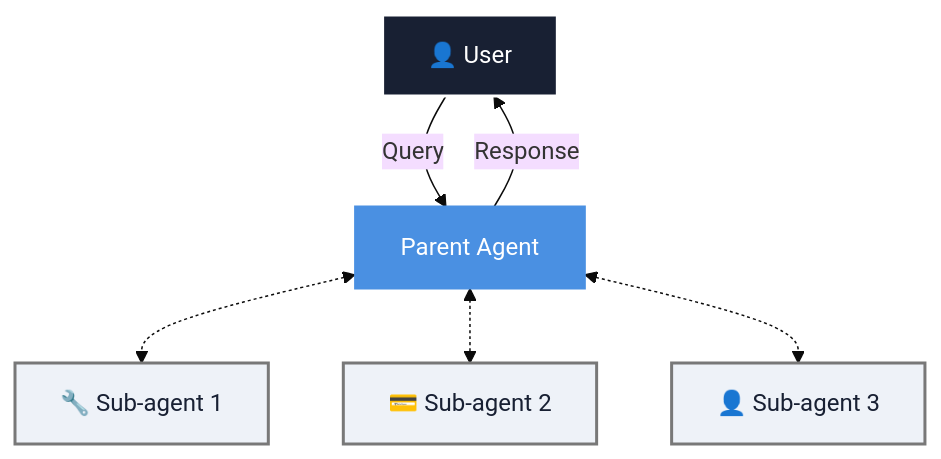
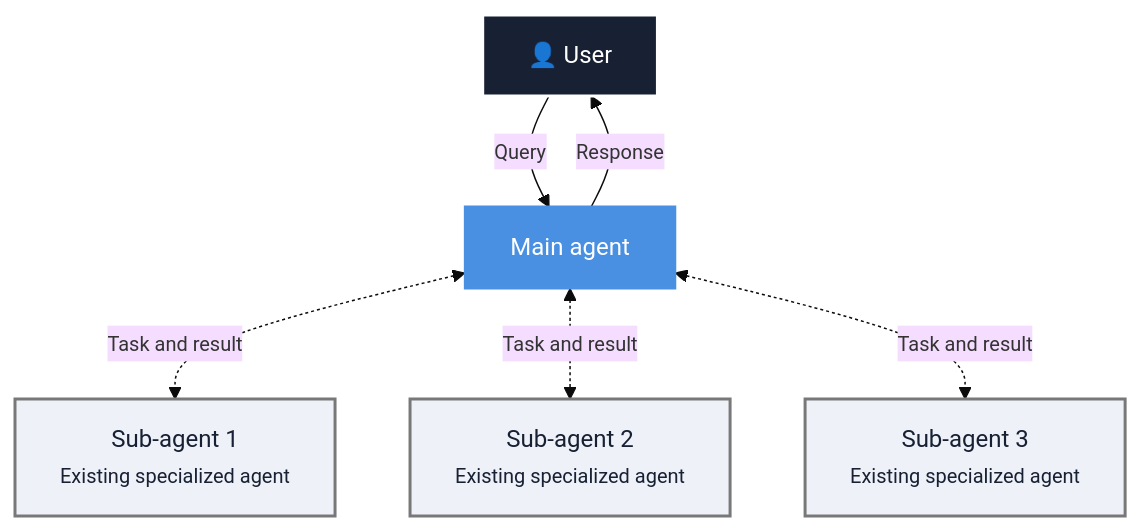
Before and after one commit to vectara/vectara-docs: the diagram in www/docs/agents/subagent-tool.md, drawn with Mermaid (base theme). The commit also changed other lines of this file and 3 other files, not shown here.

````diff
--- a/www/docs/agents/subagent-tool.md
+++ b/www/docs/agents/subagent-tool.md
@@ -20,31 +27,31 @@
 ```mermaid
 flowchart TB
   %% User
   User["👤 User"]
 
   %% Parent Agent
-  ParentAgent["Parent Agent"]
+  ParentAgent["Main agent"]
 
   %% Sub-agents
-  SubAgent1["🔧 Sub-agent 1"]
-  SubAgent2["💳 Sub-agent 2"]
-  SubAgent3["👤 Sub-agent 3"]
+  SubAgent1["Sub-agent 1<br><small>Existing specialized agent</small>"]
+  SubAgent2["Sub-agent 2<br><small>Existing specialized agent</small>"]
+  SubAgent3["Sub-agent 3<br><small>Existing specialized agent</small>"]
 
   %% Flow
-  User -->|"Query"| ParentAgent
+  User -->|"<small>Query</small>"| ParentAgent
 
-  ParentAgent <-.-> SubAgent1
-  ParentAgent <-.-> SubAgent2
-  ParentAgent <-.-> SubAgent3
+  ParentAgent <-.-> |<small>Task and result</small>| SubAgent1
+  ParentAgent <-.-> |<small>Task and result</small>| SubAgent2
+  ParentAgent <-.-> |<small>Task and result</small>| SubAgent3
 
-  ParentAgent -->|"Response"| User
+  ParentAgent -->|"<small>Response</small>"| User
 
   %% Styling
   classDef userStyle fill:#182033,color:#fff,stroke:#fff,stroke-width:2px;
   classDef parentStyle fill:#4A90E2,color:#fff,stroke:#4A90E2,stroke-width:2px;
   classDef subagentStyle fill:#EEF2F8,color:#182033,stroke:#787878,stroke-width:2px;
 
   class User userStyle;
   class ParentAgent parentStyle;
   class SubAgent1,SubAgent2,SubAgent3 subagentStyle;
 ```
````
